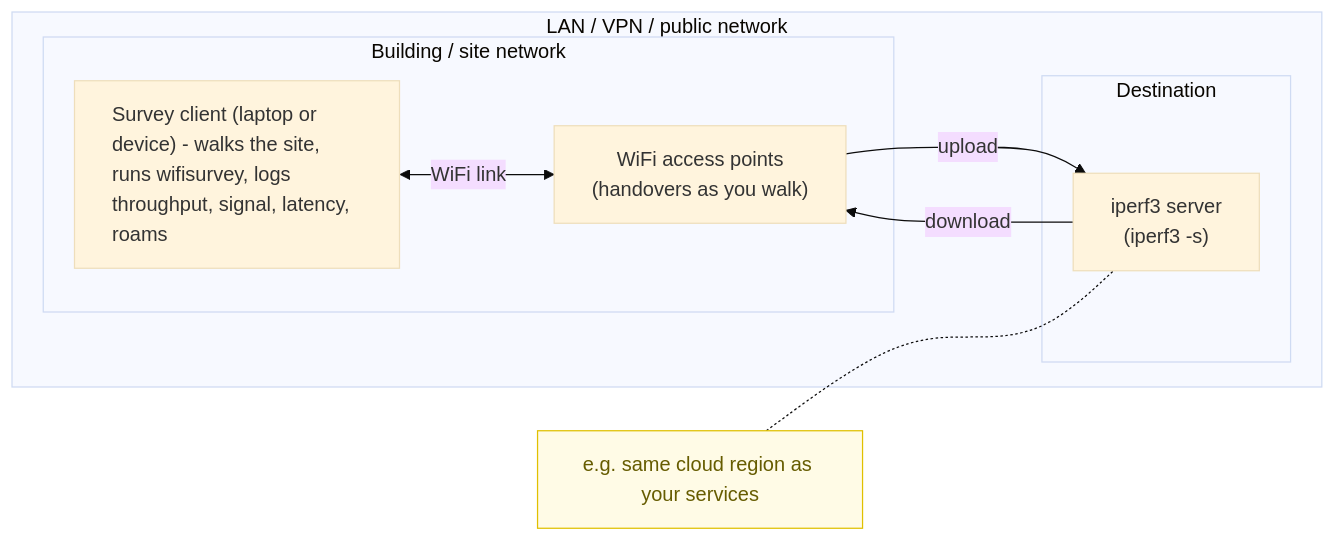
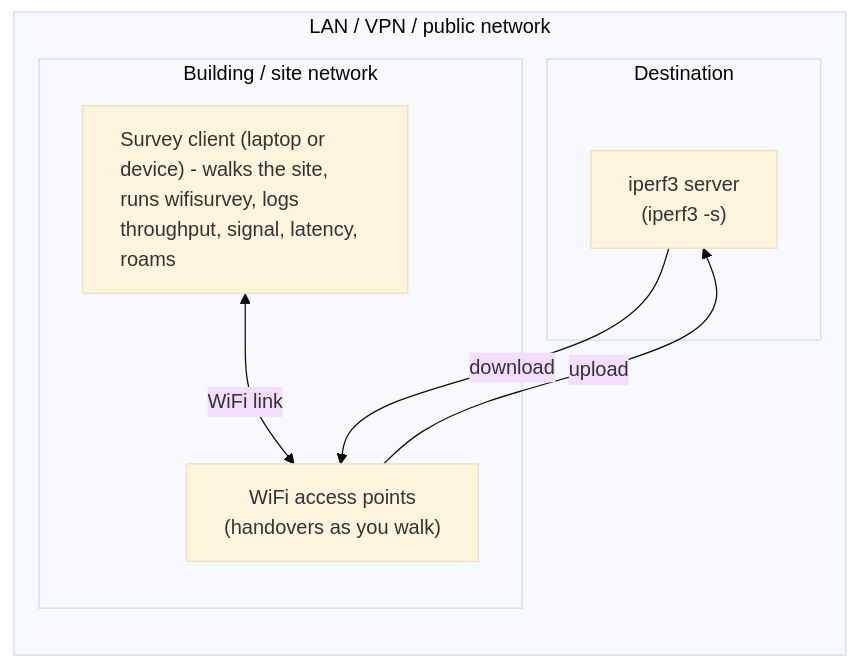
One commit to smallwat3r/wifisurvey changed the diagram in README.md. Above: the diagram before and after it, drawn with Mermaid (base theme).

Commit message:
Update graph

````diff
--- a/README.md
+++ b/README.md
@@ -23,24 +23,17 @@
 ```mermaid
 flowchart LR
     subgraph net["LAN / VPN / public network"]
         subgraph site["Building / site network"]
             dev["<div style='text-align:left'>Survey client (laptop or device) - walks the site, runs wifisurvey, logs throughput, signal, latency, roams</div>"]
             ap["WiFi access points<br/>(handovers as you walk)"]
         end
 
         subgraph infra["Destination"]
             srv["iperf3 server<br/>(iperf3 -s)"]
         end
     end
 
-    destNote["e.g. same cloud region as your services"]
-
     dev <-- WiFi link --> ap
     ap -- upload --> srv
     srv -- download --> ap
-
-    destNote -.- srv
-
-    classDef note fill:#fffbe6,stroke:#e0c000,color:#665c00
-    class destNote note
 ```
````
